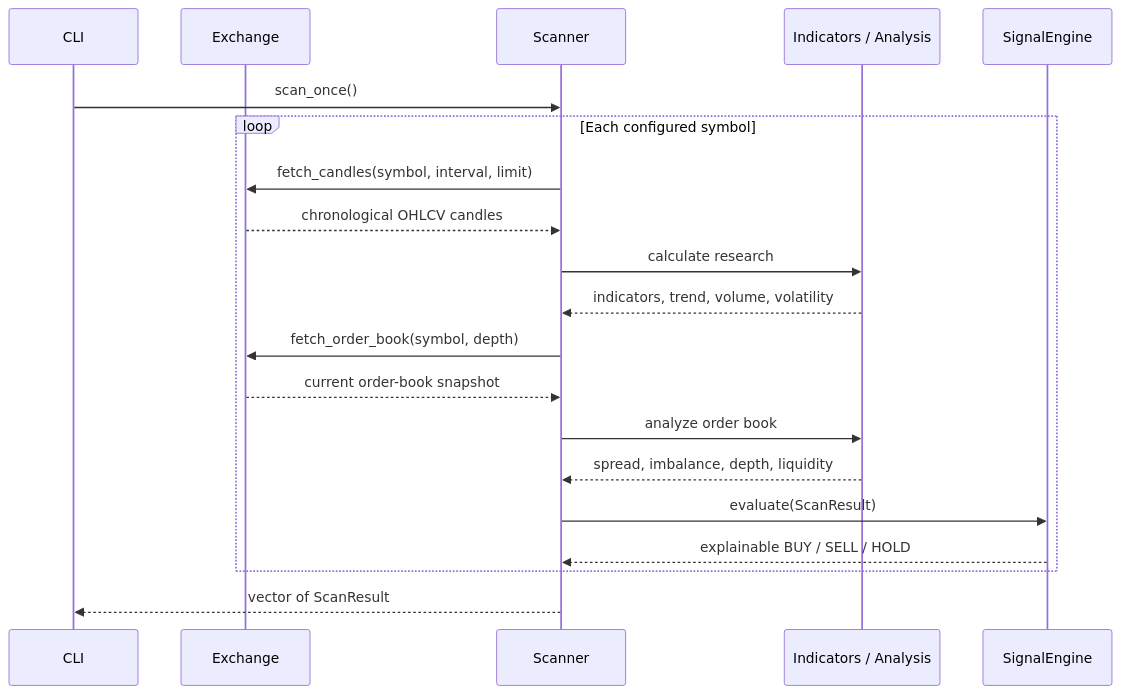
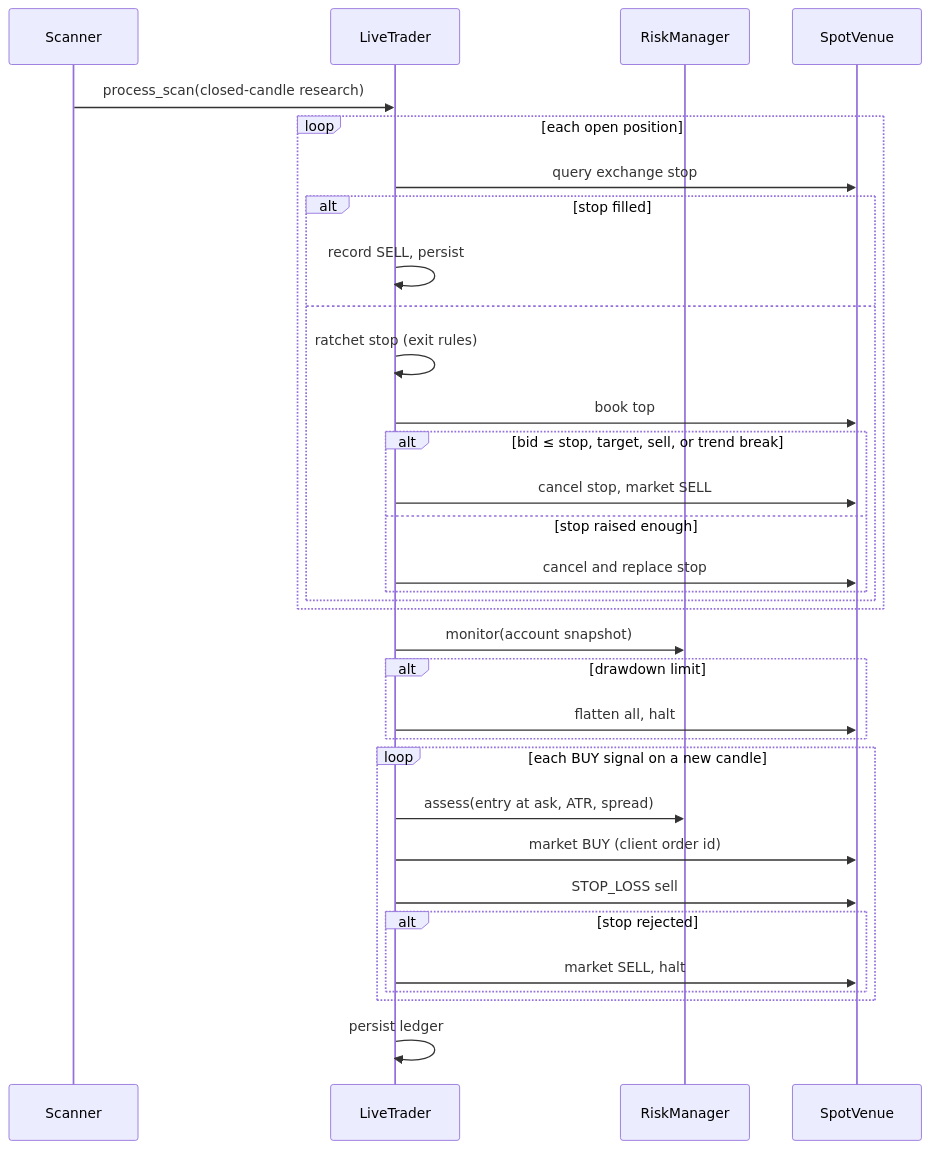
One commit to Mohit1011519/crypto-ai-trader changed the second of 2 diagrams in ARCHITECTURE.md. Above: the diagram before and after it, drawn with Mermaid. The commit also changed other lines of this file and 40 other files, not shown here.

````diff
--- a/ARCHITECTURE.md
+++ b/ARCHITECTURE.md
@@ -65,22 +145,35 @@
 ```mermaid
 sequenceDiagram
-    participant CLI
-    participant Exchange
     participant Scanner
-    participant Analysis as Indicators / Analysis
-    participant Signal as SignalEngine
-    CLI->>Scanner: scan_once()
-    loop Each configured symbol
-        Scanner->>Exchange: fetch_candles(symbol, interval, limit)
-        Exchange-->>Scanner: chronological OHLCV candles
-        Scanner->>Analysis: calculate research
-        Analysis-->>Scanner: indicators, trend, volume, volatility
-        Scanner->>Exchange: fetch_order_book(symbol, depth)
-        Exchange-->>Scanner: current order-book snapshot
-        Scanner->>Analysis: analyze order book
-        Analysis-->>Scanner: spread, imbalance, depth, liquidity
-        Scanner->>Signal: evaluate(ScanResult)
-        Signal-->>Scanner: explainable BUY / SELL / HOLD
+    participant Trader as LiveTrader
+    participant Risk as RiskManager
+    participant Venue as SpotVenue
+    Scanner->>Trader: process_scan(closed-candle research)
+    loop each open position
+        Trader->>Venue: query exchange stop
+        alt stop filled
+            Trader->>Trader: record SELL, persist
+        else
+            Trader->>Trader: ratchet stop (exit rules)
+            Trader->>Venue: book top
+            alt bid ≤ stop, target, sell, or trend break
+                Trader->>Venue: cancel stop, market SELL
+            else stop raised enough
+                Trader->>Venue: cancel and replace stop
+            end
+        end
     end
-    Scanner-->>CLI: vector of ScanResult
+    Trader->>Risk: monitor(account snapshot)
+    alt drawdown limit
+        Trader->>Venue: flatten all, halt
+    end
+    loop each BUY signal on a new candle
+        Trader->>Risk: assess(entry at ask, ATR, spread)
+        Trader->>Venue: market BUY (client order id)
+        Trader->>Venue: STOP_LOSS sell
+        alt stop rejected
+            Trader->>Venue: market SELL, halt
+        end
+    end
+    Trader->>Trader: persist ledger
 ```
````
